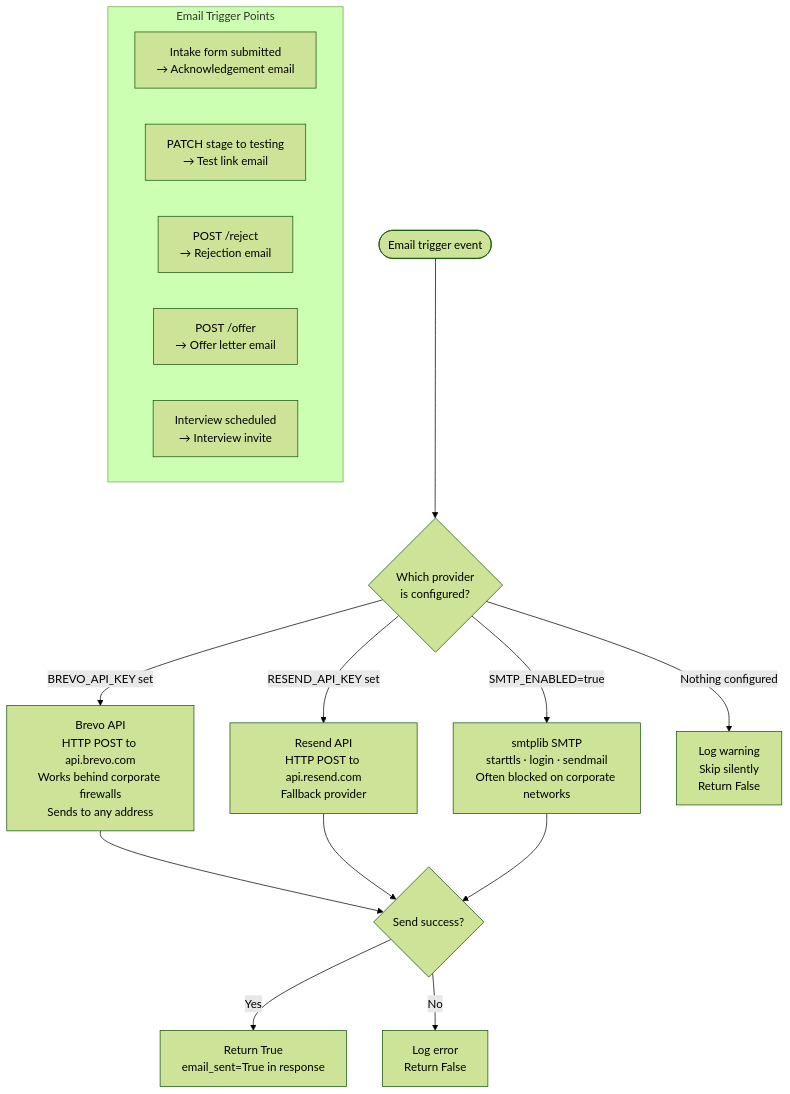
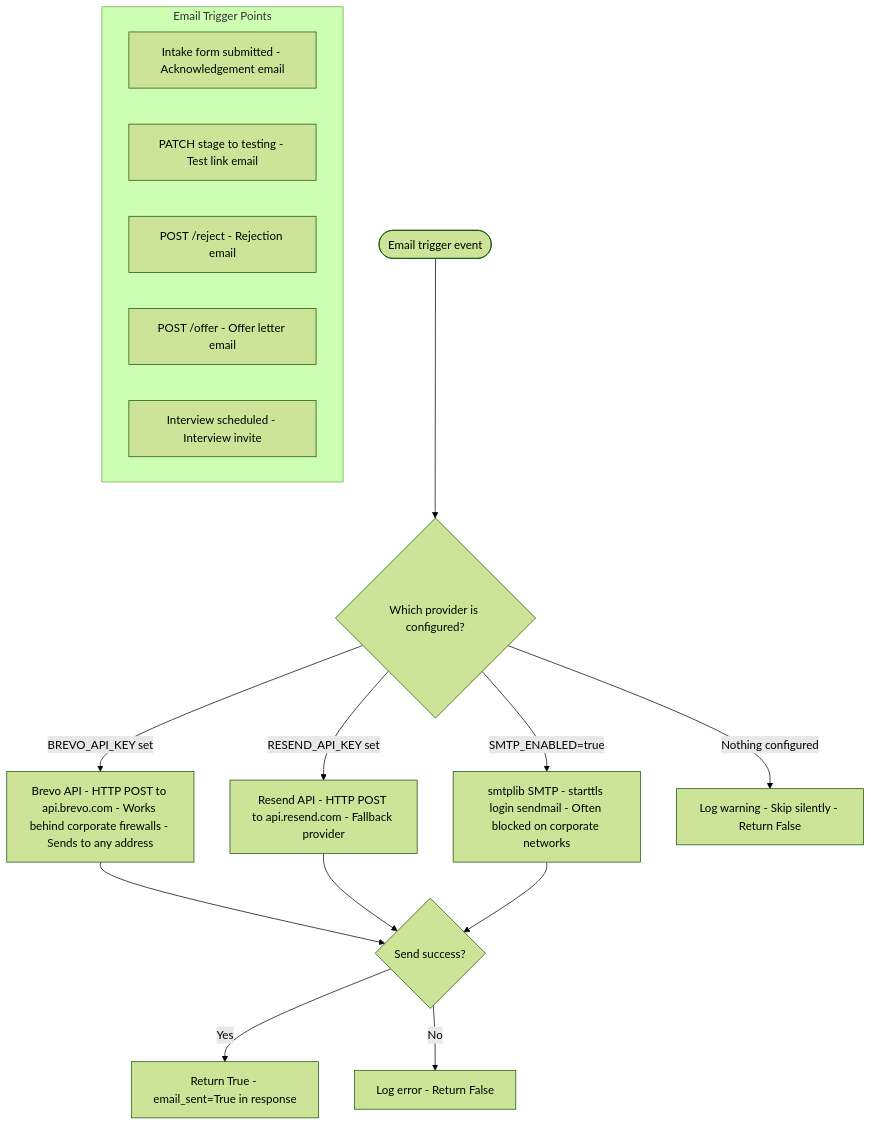
Diagram 11 of 12 in FLOWCHARTS.md (Deep841/fairhire-ai), drawn with Mermaid (forest theme) before and after one commit. The commit also changed other lines of this file, not shown here.

Commit message:
fix: Remove all emojis and unicode from flowcharts - plain ASCII only for Mermaid compatibility

````diff
--- a/FLOWCHARTS.md
+++ b/FLOWCHARTS.md
@@ -490,27 +471,24 @@
 ```mermaid
 flowchart TD
-    A([Email trigger event]) --> B{Which provider\nis configured?}
+    A([Email trigger event]) --> B{Which provider is configured?}
 
-    B -->|BREVO_API_KEY set| C[Brevo API\nHTTP POST to api.brevo.com\nWorks behind corporate firewalls\nSends to any address]
-
-    B -->|RESEND_API_KEY set| D[Resend API\nHTTP POST to api.resend.com\nFallback provider]
-
-    B -->|SMTP_ENABLED=true| E[smtplib SMTP\nstarttls · login · sendmail\nOften blocked on corporate networks]
-
-    B -->|Nothing configured| F[Log warning\nSkip silently\nReturn False]
+    B -->|BREVO_API_KEY set| C[Brevo API - HTTP POST to api.brevo.com - Works behind corporate firewalls - Sends to any address]
+    B -->|RESEND_API_KEY set| D[Resend API - HTTP POST to api.resend.com - Fallback provider]
+    B -->|SMTP_ENABLED=true| E[smtplib SMTP - starttls login sendmail - Often blocked on corporate networks]
+    B -->|Nothing configured| F[Log warning - Skip silently - Return False]
 
     C --> G{Send success?}
     D --> G
     E --> G
 
-    G -->|Yes| H[Return True\nemail_sent=True in response]
-    G -->|No| I[Log error\nReturn False]
+    G -->|Yes| H[Return True - email_sent=True in response]
+    G -->|No| I[Log error - Return False]
 
     subgraph TRIGGERS["Email Trigger Points"]
-        T1[Intake form submitted\n→ Acknowledgement email]
-        T2[PATCH stage to testing\n→ Test link email]
-        T3[POST /reject\n→ Rejection email]
-        T4[POST /offer\n→ Offer letter email]
-        T5[Interview scheduled\n→ Interview invite]
+        T1[Intake form submitted - Acknowledgement email]
+        T2[PATCH stage to testing - Test link email]
+        T3[POST /reject - Rejection email]
+        T4[POST /offer - Offer letter email]
+        T5[Interview scheduled - Interview invite]
     end
 ```
````
